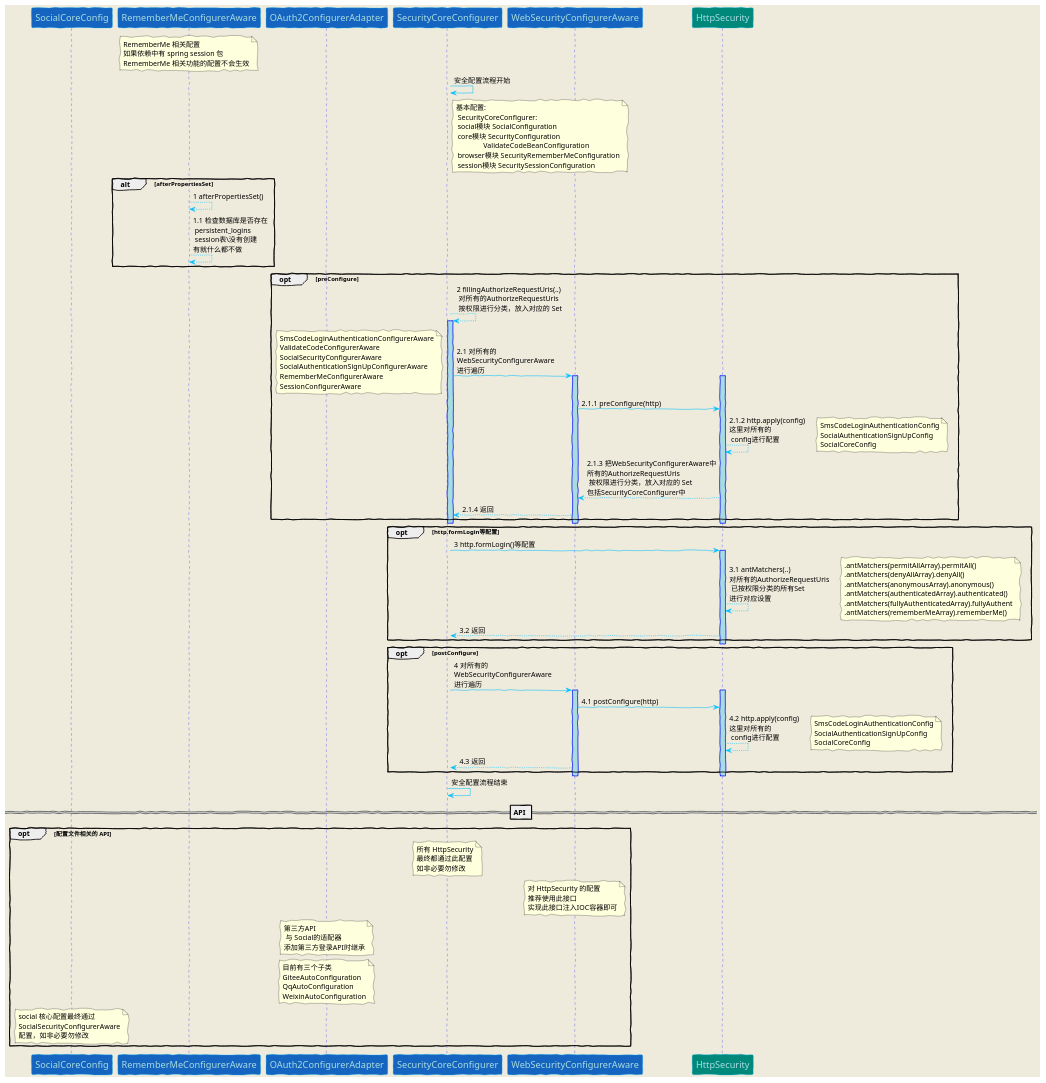
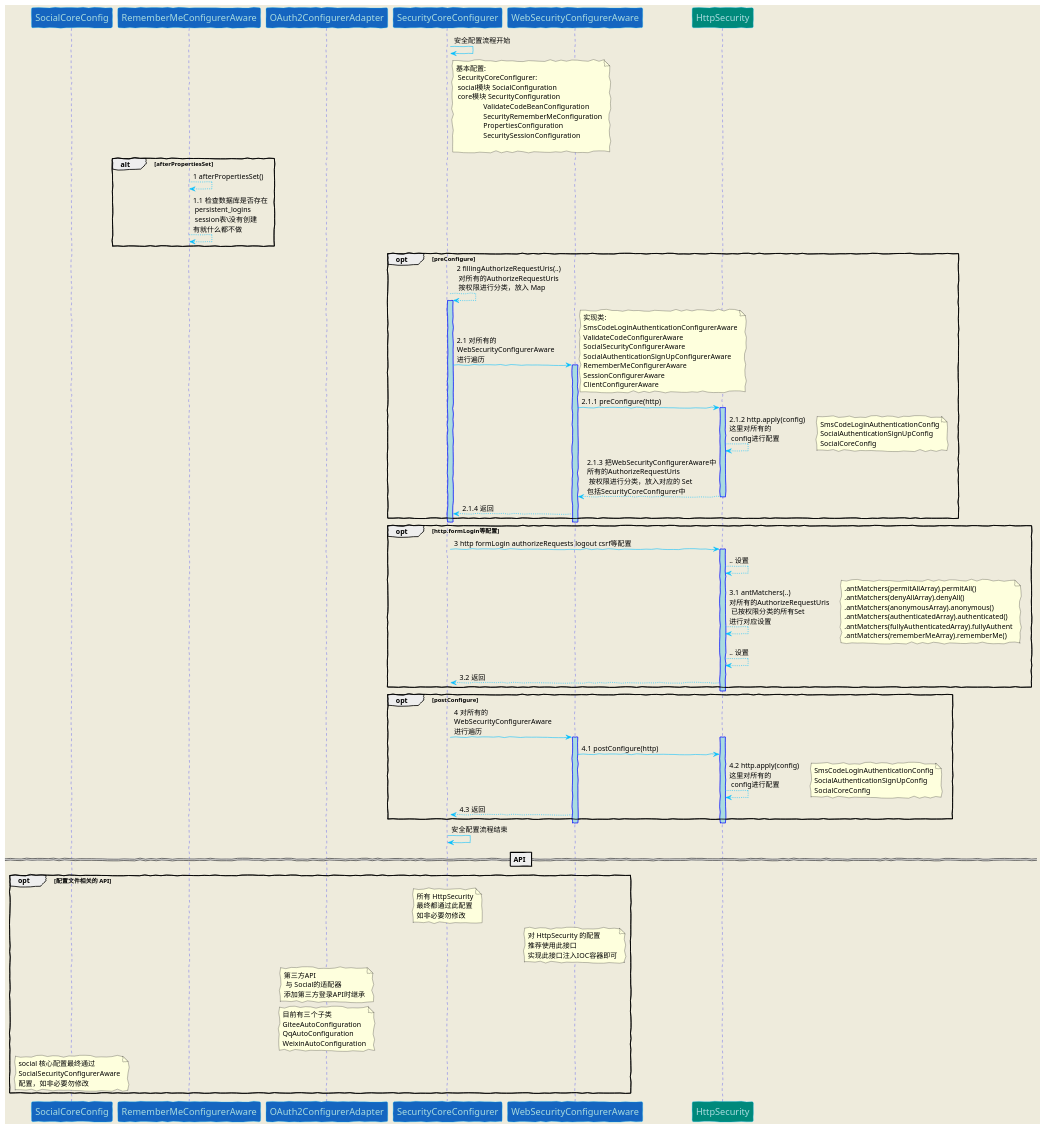
Before and after one commit to ZeroOrInfinity/UMS: the diagram in doc/scurityConfigurer.puml, drawn with PlantUML. The commit also changed 149 other files, not shown here.

```diff
--- a/doc/scurityConfigurer.puml
+++ b/doc/scurityConfigurer.puml
@@ -1,108 +1,109 @@
 @startuml
 
 skinparam backgroundColor #EEEBDC
 skinparam handwritten true
 skinparam sequence {
 ArrowColor DeepSkyBlue
 ActorBorderColor DeepSkyBlue
 LifeLineBorderColor blue
 LifeLineBackgroundColor #A9DCDF
 ParticipantBorderColor DeepSkyBlue
 ParticipantBackgroundColor #00897b
 ParticipantFontName Impact
 ParticipantFontSize 17
 ParticipantFontColor #A9DCDF
 ActorBackgroundColor aqua
 ActorFontColor DeepSkyBlue
 ActorFontSize 17
 ActorFontName Aapex
 }
 participant "SocialCoreConfig"  #1565c0
 participant "RememberMeConfigurerAware"  #1565c0
-note over RememberMeConfigurerAware: RememberMe 相关配置\n\
-如果依赖中有 spring session 包\n\
-RememberMe 相关功能的配置不会生效
 
 participant "OAuth2ConfigurerAdapter"  #1565c0
 
 participant "SecurityCoreConfigurer" #1565c0
 SecurityCoreConfigurer -> SecurityCoreConfigurer: 安全配置流程开始
 note right SecurityCoreConfigurer: 基本配置:\n SecurityCoreConfigurer: \n\
  social模块 SocialConfiguration\n core模块 SecurityConfiguration\n\
-               ValidateCodeBeanConfiguration\n browser模块 SecurityRememberMeConfiguration\n\
- session模块 SecuritySessionConfiguration
+               ValidateCodeBeanConfiguration\n               SecurityRememberMeConfiguration\n\
+               PropertiesConfiguration\n\                SecuritySessionConfiguration\n
 alt afterPropertiesSet
 RememberMeConfigurerAware --> RememberMeConfigurerAware: 1 afterPropertiesSet()
 RememberMeConfigurerAware --> RememberMeConfigurerAware: 1.1 检查数据库是否存在\n persistent_logins\n session表\没有创建\n有就什么都不做
 end
 activate SecurityCoreConfigurer
 opt preConfigure
-SecurityCoreConfigurer --> SecurityCoreConfigurer: 2 fillingAuthorizeRequestUris(..)\n 对所有的AuthorizeRequestUris\n 按权限进行分类，放入对应的 Set
+SecurityCoreConfigurer --> SecurityCoreConfigurer: 2 fillingAuthorizeRequestUris(..)\n 对所有的AuthorizeRequestUris\n 按权限进行分类，放入 Map
 activate SecurityCoreConfigurer
 participant "WebSecurityConfigurerAware" #1565c0
 SecurityCoreConfigurer -> WebSecurityConfigurerAware: 2.1 对所有的\nWebSecurityConfigurerAware\n进行遍历
-note left : SmsCodeLoginAuthenticationConfigurerAware\n\
+activate WebSecurityConfigurerAware
+note right : 实现类:\n\
+SmsCodeLoginAuthenticationConfigurerAware\n\
 ValidateCodeConfigurerAware\n\
 SocialSecurityConfigurerAware\n\
 SocialAuthenticationSignUpConfigurerAware\n\
 RememberMeConfigurerAware\n\
-SessionConfigurerAware
-activate WebSecurityConfigurerAware
+SessionConfigurerAware\n\
+ClientConfigurerAware
+WebSecurityConfigurerAware -> HttpSecurity: 2.1.1 preConfigure(http)
 activate HttpSecurity
-WebSecurityConfigurerAware -> HttpSecurity: 2.1.1 preConfigure(http)
 HttpSecurity --> HttpSecurity: 2.1.2 http.apply(config)\n这里对所有的\n config进行配置
 note right : SmsCodeLoginAuthenticationConfig\n\
 SocialAuthenticationSignUpConfig\n\
 SocialCoreConfig
 HttpSecurity --> WebSecurityConfigurerAware: 2.1.3 把WebSecurityConfigurerAware中\n所有的AuthorizeRequestUris\n 按权限进行分类，放入对应的 Set\n包括SecurityCoreConfigurer中
+deactivate HttpSecurity
 WebSecurityConfigurerAware --> SecurityCoreConfigurer: 2.1.4 返回
 end
-deactivate HttpSecurity
 deactivate WebSecurityConfigurerAware
 deactivate SecurityCoreConfigurer
 opt http.formLogin等配置
-SecurityCoreConfigurer -> HttpSecurity: 3 http.formLogin()等配置
+SecurityCoreConfigurer -> HttpSecurity: 3 http formLogin authorizeRequests logout csrf等配置
 activate HttpSecurity
+HttpSecurity --> HttpSecurity: .. 设置
 HttpSecurity --> HttpSecurity: 3.1 antMatchers(..)\n对所有的AuthorizeRequestUris\n 已按权限分类的所有Set\n进行对应设置
 note right : .antMatchers(permitAllArray).permitAll()\n\
 .antMatchers(denyAllArray).denyAll()\n\
 .antMatchers(anonymousArray).anonymous()\n\
 .antMatchers(authenticatedArray).authenticated()\n\
 .antMatchers(fullyAuthenticatedArray).fullyAuthent\n\
 .antMatchers(rememberMeArray).rememberMe()
+HttpSecurity --> HttpSecurity: .. 设置
 HttpSecurity --> SecurityCoreConfigurer: 3.2 返回
 end
 deactivate HttpSecurity
 activate SecurityCoreConfigurer
 opt postConfigure
 SecurityCoreConfigurer -> WebSecurityConfigurerAware: 4 对所有的\nWebSecurityConfigurerAware\n进行遍历
 activate WebSecurityConfigurerAware
 activate HttpSecurity
 WebSecurityConfigurerAware -> HttpSecurity: 4.1 postConfigure(http)
 HttpSecurity --> HttpSecurity: 4.2 http.apply(config)\n这里对所有的\n config进行配置
 note right : SmsCodeLoginAuthenticationConfig\n\
 SocialAuthenticationSignUpConfig\n\
 SocialCoreConfig
 
 WebSecurityConfigurerAware --> SecurityCoreConfigurer: 4.3 返回
 end
 deactivate HttpSecurity
 deactivate WebSecurityConfigurerAware
 deactivate SecurityCoreConfigurer
 
 deactivate SecurityCoreConfigurer
 
 SecurityCoreConfigurer -> SecurityCoreConfigurer: 安全配置流程结束
 
 == API ==
 opt 配置文件相关的 API
 note over SecurityCoreConfigurer: 所有 HttpSecurity\n最终都通过此配置\n如非必要勿修改
 note over WebSecurityConfigurerAware: 对 HttpSecurity 的配置\n推荐使用此接口\n实现此接口注入IOC容器即可
 
 note over OAuth2ConfigurerAdapter: 第三方API\n 与 Social的适配器\n添加第三方登录API时继承
 note over OAuth2ConfigurerAdapter: 目前有三个子类\nGiteeAutoConfiguration\nQqAutoConfiguration\nWeixinAutoConfiguration
 note over SocialCoreConfig: social 核心配置最终通过\nSocialSecurityConfigurerAware\n配置，如非必要勿修改
 
 end
 
 @enduml
```
